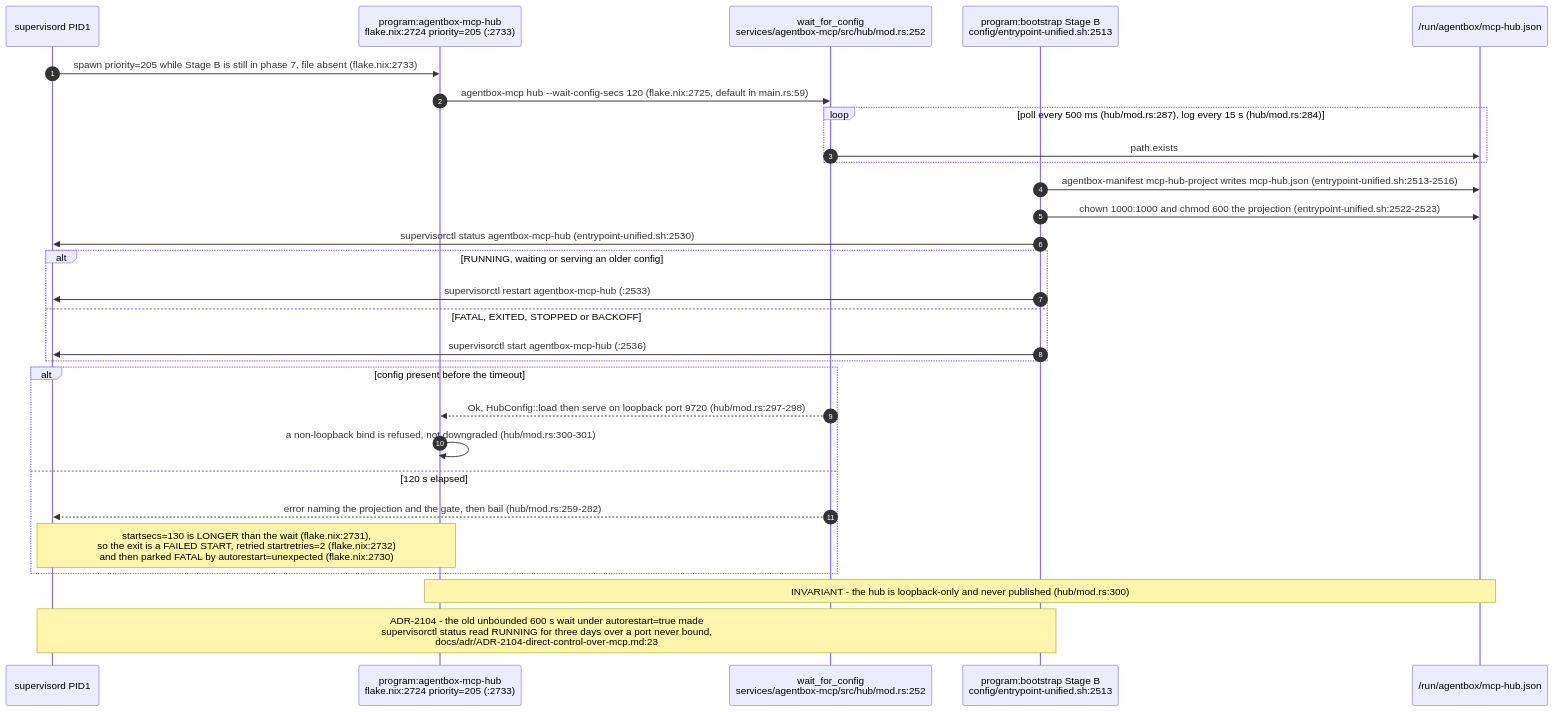
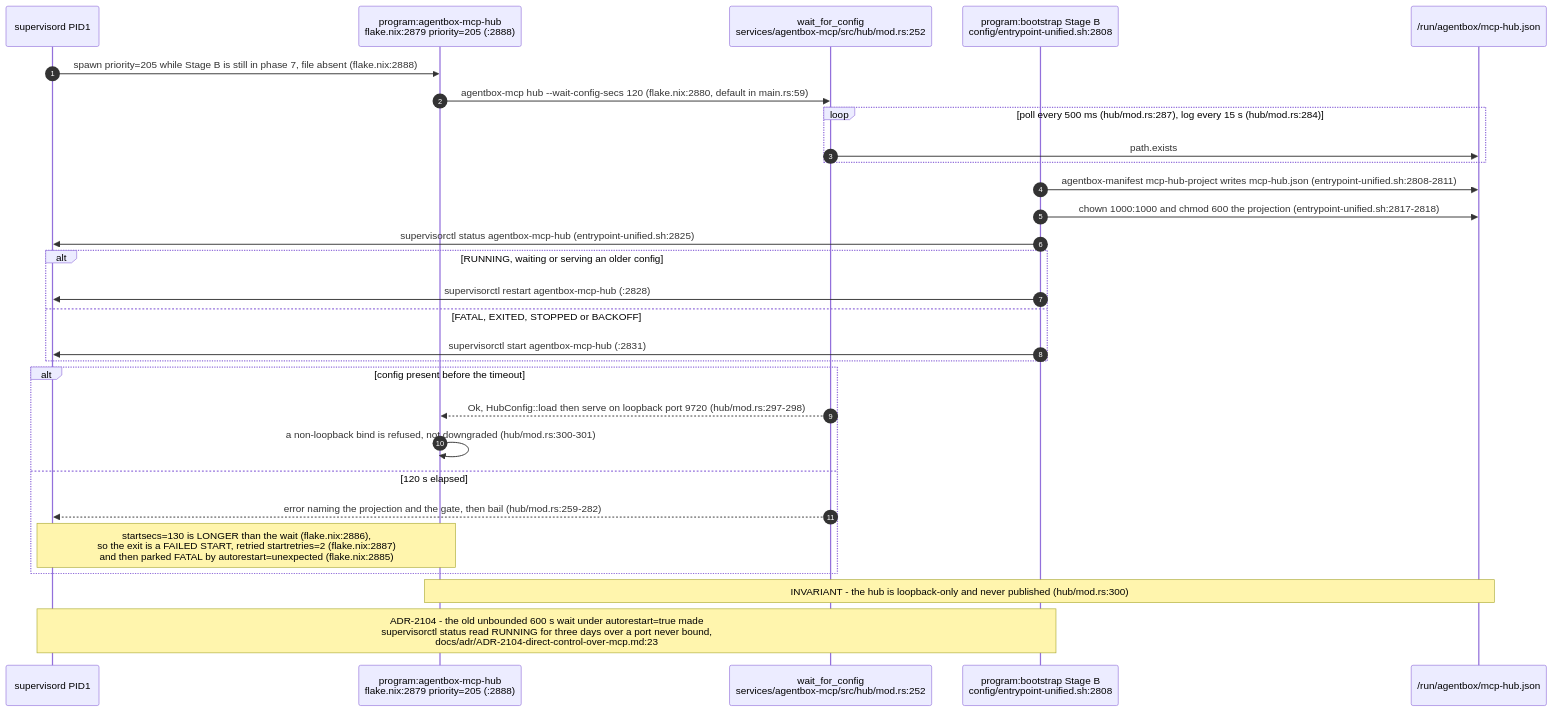
Before and after one commit to DreamLab-AI/VisionFlow: diagram 15 of 21 in docs/diagrams/agentbox/02-boot-sequence-and-readiness.md, drawn with Mermaid. The commit also changed other lines of this file and 14 other files, not shown here.

First line of the commit message:
docs(diagrams): custody role isolation — new AB-36, re-stamp 11 topics at the custody integration head

````diff
--- a/docs/diagrams/agentbox/02-boot-sequence-and-readiness.md
+++ b/docs/diagrams/agentbox/02-boot-sequence-and-readiness.md
@@ -545,32 +586,32 @@
 ```mermaid
 sequenceDiagram
     autonumber
     participant SV as supervisord PID1
-    participant HUB as program:agentbox-mcp-hub<br/>flake.nix:2724 priority=205 (:2733)
+    participant HUB as program:agentbox-mcp-hub<br/>flake.nix:2879 priority=205 (:2888)
     participant WAIT as wait_for_config<br/>services/agentbox-mcp/src/hub/mod.rs:252
-    participant BOOT as program:bootstrap Stage B<br/>config/entrypoint-unified.sh:2513
+    participant BOOT as program:bootstrap Stage B<br/>config/entrypoint-unified.sh:2808
     participant FS as /run/agentbox/mcp-hub.json
 
-    SV->>HUB: spawn priority=205 while Stage B is still in phase 7, file absent (flake.nix:2733)
-    HUB->>WAIT: agentbox-mcp hub --wait-config-secs 120 (flake.nix:2725, default in main.rs:59)
+    SV->>HUB: spawn priority=205 while Stage B is still in phase 7, file absent (flake.nix:2888)
+    HUB->>WAIT: agentbox-mcp hub --wait-config-secs 120 (flake.nix:2880, default in main.rs:59)
     loop poll every 500 ms (hub/mod.rs:287), log every 15 s (hub/mod.rs:284)
         WAIT->>FS: path.exists
     end
-    BOOT->>FS: agentbox-manifest mcp-hub-project writes mcp-hub.json (entrypoint-unified.sh:2513-2516)
-    BOOT->>FS: chown 1000:1000 and chmod 600 the projection (entrypoint-unified.sh:2522-2523)
-    BOOT->>SV: supervisorctl status agentbox-mcp-hub (entrypoint-unified.sh:2530)
+    BOOT->>FS: agentbox-manifest mcp-hub-project writes mcp-hub.json (entrypoint-unified.sh:2808-2811)
+    BOOT->>FS: chown 1000:1000 and chmod 600 the projection (entrypoint-unified.sh:2817-2818)
+    BOOT->>SV: supervisorctl status agentbox-mcp-hub (entrypoint-unified.sh:2825)
     alt RUNNING, waiting or serving an older config
-        BOOT->>SV: supervisorctl restart agentbox-mcp-hub (:2533)
+        BOOT->>SV: supervisorctl restart agentbox-mcp-hub (:2828)
     else FATAL, EXITED, STOPPED or BACKOFF
-        BOOT->>SV: supervisorctl start agentbox-mcp-hub (:2536)
+        BOOT->>SV: supervisorctl start agentbox-mcp-hub (:2831)
     end
     alt config present before the timeout
         WAIT-->>HUB: Ok, HubConfig::load then serve on loopback port 9720 (hub/mod.rs:297-298)
         HUB->>HUB: a non-loopback bind is refused, not downgraded (hub/mod.rs:300-301)
     else 120 s elapsed
         WAIT-->>SV: error naming the projection and the gate, then bail (hub/mod.rs:259-282)
-        Note over SV,HUB: startsecs=130 is LONGER than the wait (flake.nix:2731),<br/>so the exit is a FAILED START, retried startretries=2 (flake.nix:2732)<br/>and then parked FATAL by autorestart=unexpected (flake.nix:2730)
+        Note over SV,HUB: startsecs=130 is LONGER than the wait (flake.nix:2886),<br/>so the exit is a FAILED START, retried startretries=2 (flake.nix:2887)<br/>and then parked FATAL by autorestart=unexpected (flake.nix:2885)
     end
     Note over HUB,FS: INVARIANT - the hub is loopback-only and never published (hub/mod.rs:300)
     Note over SV,BOOT: ADR-2104 - the old unbounded 600 s wait under autorestart=true made<br/>supervisorctl status read RUNNING for three days over a port never bound,<br/>docs/adr/ADR-2104-direct-control-over-mcp.md:23
 ```
````
